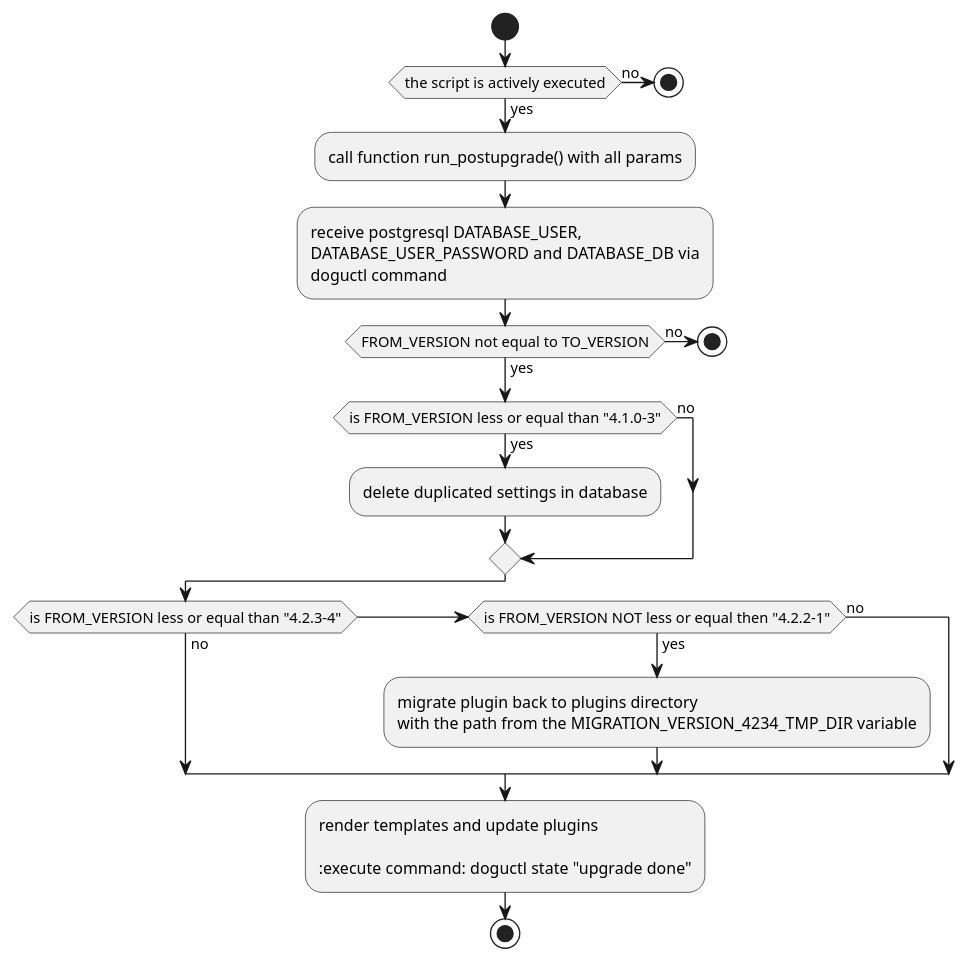
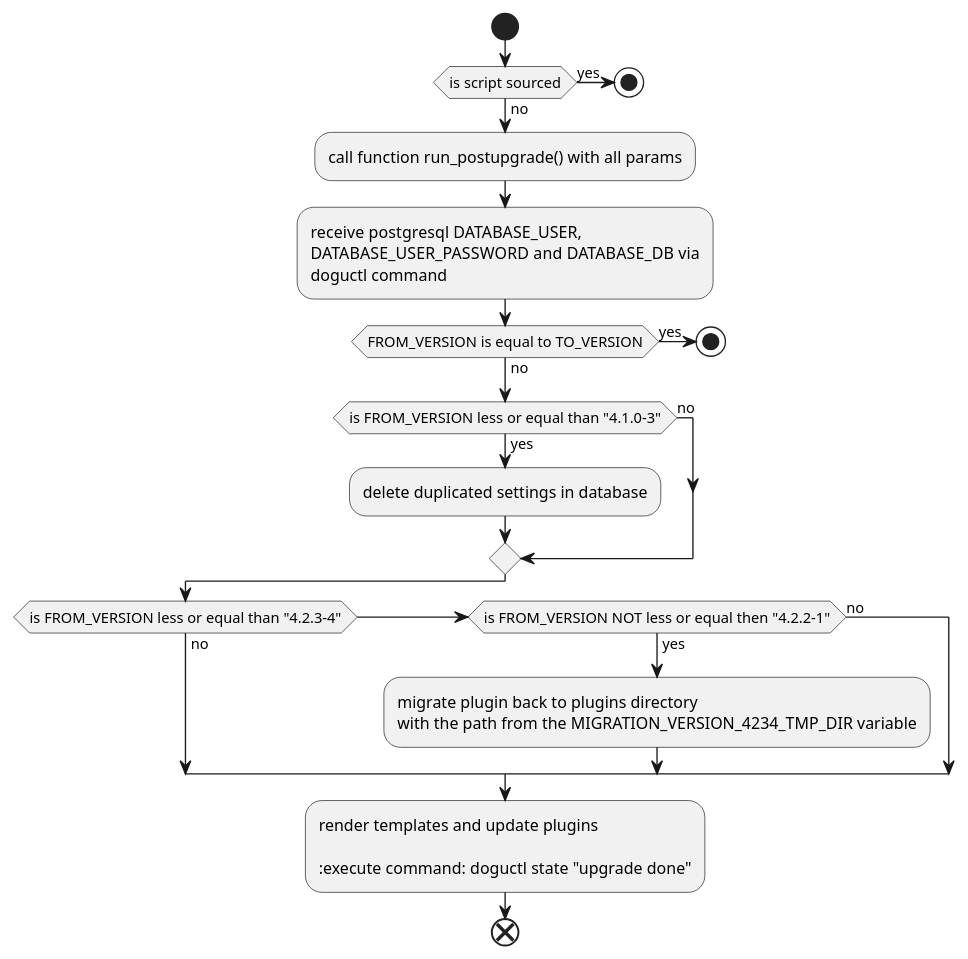
The diagram in docs/development/figures/post_upgrade_workflow.puml (cloudogu/redmine), drawn with PlantUML before and after one commit. The commit also changed 3 other files, not shown here.

Commit message:
#80 update diagrams for documentation

```diff
--- a/docs/development/figures/post_upgrade_workflow.puml
+++ b/docs/development/figures/post_upgrade_workflow.puml
@@ -1,40 +1,40 @@
 @startuml
 
 start
 
-if (the script is actively executed) then (yes)
-:call function run_postupgrade() with all params;
+if (is script sourced) then (yes)
+    stop
 else (no)
- stop
+    :call function run_postupgrade() with all params;
 endif
 
 
 :receive postgresql DATABASE_USER,
 DATABASE_USER_PASSWORD and DATABASE_DB via
 doguctl command;
 
 
-if (FROM_VERSION not equal to TO_VERSION) then (yes)
+if (FROM_VERSION is equal to TO_VERSION) then (yes)
+    stop
 else (no)
-stop
 endif
 
 if (is FROM_VERSION less or equal than "4.1.0-3") then (yes)
 :delete duplicated settings in database;
 else (no)
 endif
 
 if (is FROM_VERSION less or equal than "4.2.3-4") then (no)
     elseif (is FROM_VERSION NOT less or equal then "4.2.2-1") then (yes)
         :migrate plugin back to plugins directory
         with the path from the MIGRATION_VERSION_4234_TMP_DIR variable;
     else (no)
 endif
 
 :render templates and update plugins
 
 :execute command: doguctl state "upgrade done";
 
-stop
+end
 
 @enduml
```
